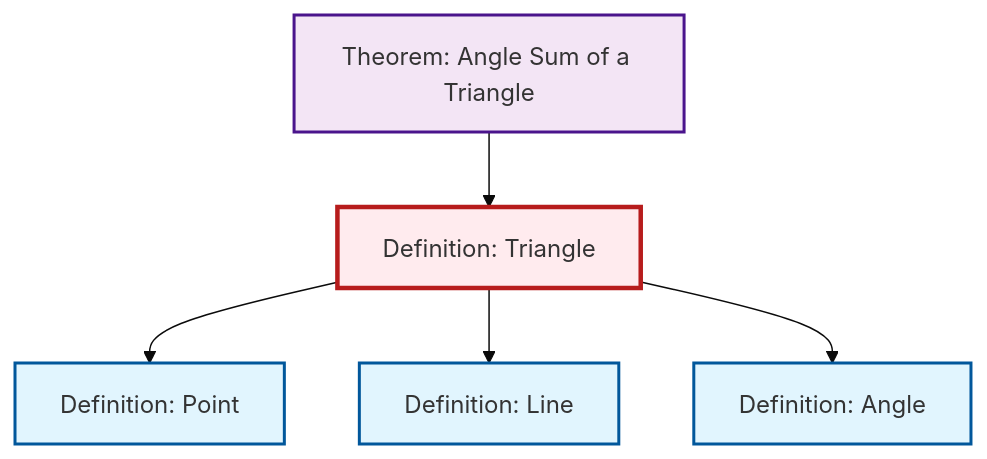
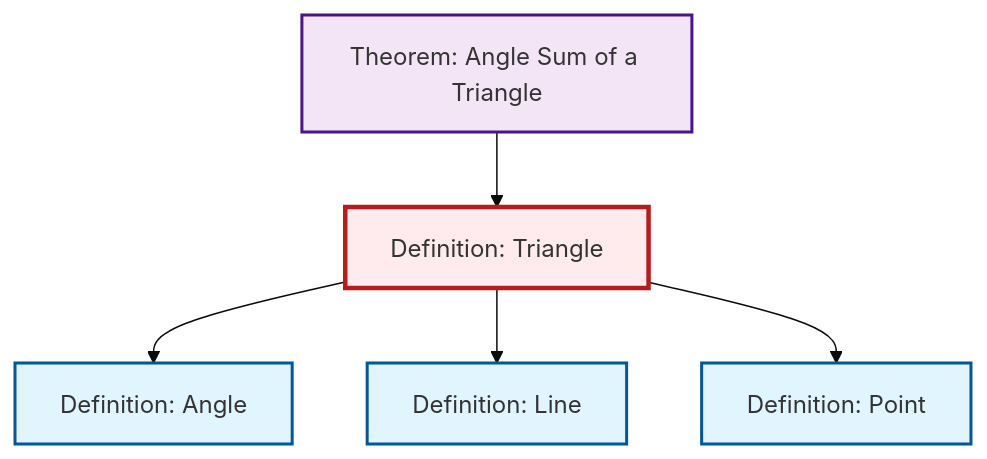
The diagram in content/en/geometry/def-triangle.qmd (RK0429/ModernMath), drawn with Mermaid (base theme) before and after one commit. The commit also changed other lines of this file and 634 other files, not shown here.

````diff
--- a/content/en/geometry/def-triangle.qmd
+++ b/content/en/geometry/def-triangle.qmd
@@ -59,23 +59,23 @@
 ```{mermaid}
 %%| fig-cap: "Local dependency graph"
 graph TD
     classDef definition fill:#e1f5fe,stroke:#01579b,stroke-width:2px
     classDef theorem fill:#f3e5f5,stroke:#4a148c,stroke-width:2px
     classDef axiom fill:#fff3e0,stroke:#e65100,stroke-width:2px
     classDef example fill:#e8f5e9,stroke:#1b5e20,stroke-width:2px
     classDef current fill:#ffebee,stroke:#b71c1c,stroke-width:3px
     def-point["Definition: Point"]:::definition
     def-triangle["Definition: Triangle"]:::definition
     thm-angle-sum-triangle["Theorem: Angle Sum of a Triangle"]:::theorem
+    def-angle["Definition: Angle"]:::definition
     def-line["Definition: Line"]:::definition
-    def-angle["Definition: Angle"]:::definition
+    def-triangle --> def-angle
+    def-triangle --> def-line
+    thm-angle-sum-triangle --> def-triangle
     def-triangle --> def-point
-    thm-angle-sum-triangle --> def-triangle
-    def-triangle --> def-line
-    def-triangle --> def-angle
     class def-triangle current
     click def-point "def-point.html" "Go to Point definition"
     click thm-angle-sum-triangle "thm-angle-sum-triangle.html" "Go to Angle Sum of a Triangle theorem"
+    click def-angle "def-angle.html" "Go to Angle definition"
     click def-line "def-line.html" "Go to Line definition"
-    click def-angle "def-angle.html" "Go to Angle definition"
 ```
````
